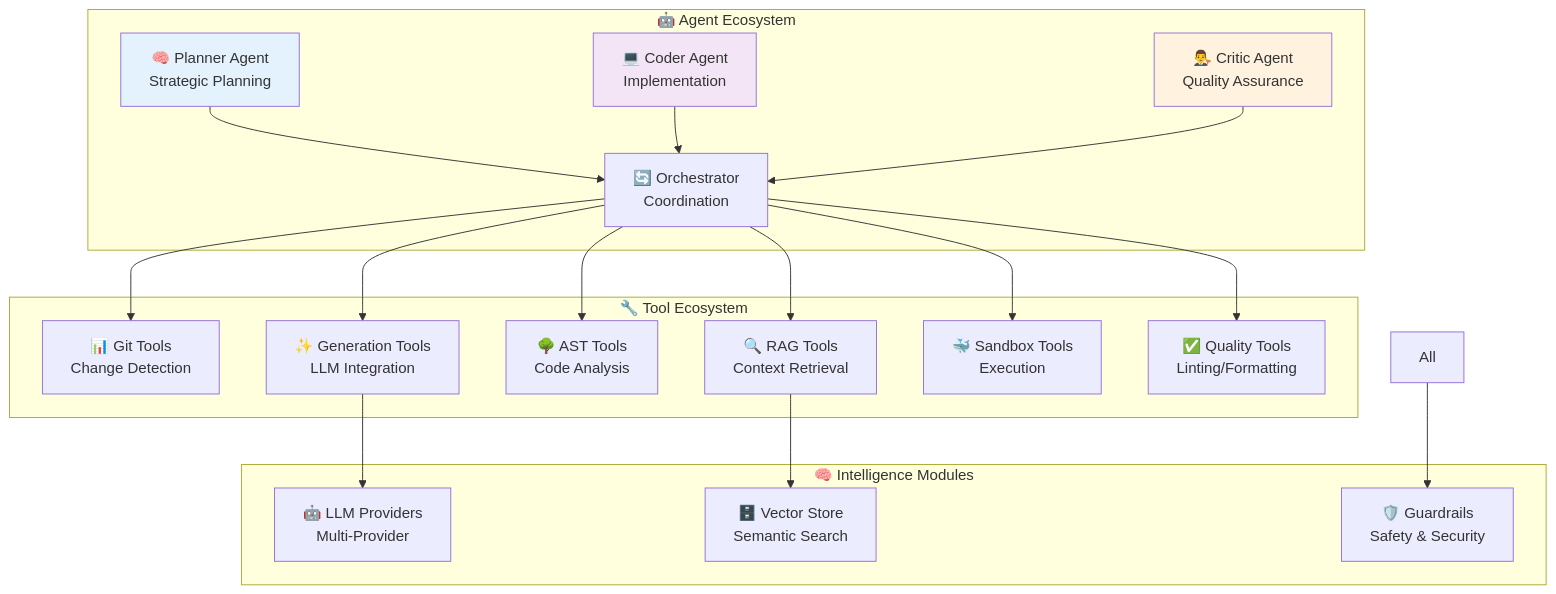
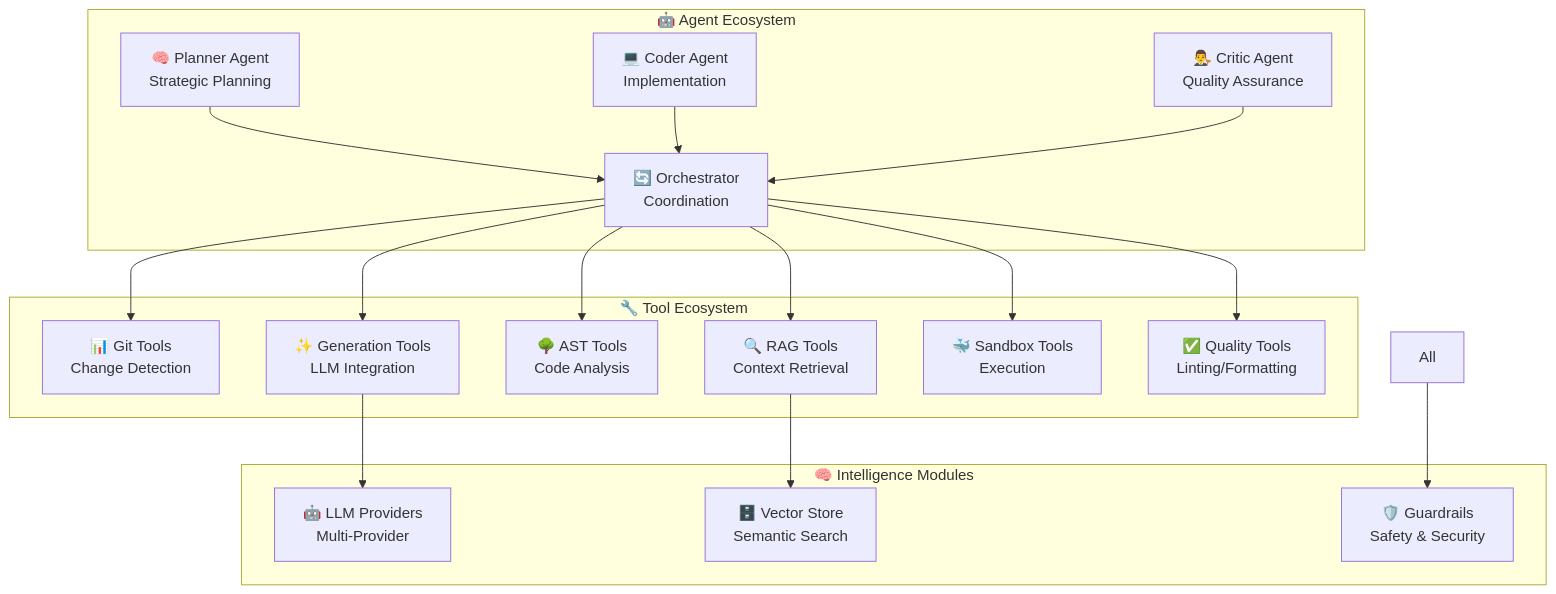
The seventh of 13 diagrams in ARCHITECTURE.md (narenallam/AgenticTestGenerator), drawn with Mermaid before and after one commit. The commit also changed other lines of this file, not shown here.

````diff
--- a/ARCHITECTURE.md
+++ b/ARCHITECTURE.md
@@ -387,43 +377,41 @@
 ```mermaid
 graph TB
     subgraph "🤖 Agent Ecosystem"
         Planner[🧠 Planner Agent<br/>Strategic Planning]
         Coder[💻 Coder Agent<br/>Implementation]
         Critic[👨‍⚖️ Critic Agent<br/>Quality Assurance]
         Orchestrator[🔄 Orchestrator<br/>Coordination]
     end
 
     subgraph "🔧 Tool Ecosystem"
         GitTools[📊 Git Tools<br/>Change Detection]
         RAGTools[🔍 RAG Tools<br/>Context Retrieval]
         ASTTools[🌳 AST Tools<br/>Code Analysis]
         GenTools[✨ Generation Tools<br/>LLM Integration]
         SandboxTools[🐳 Sandbox Tools<br/>Execution]
         QualityTools[✅ Quality Tools<br/>Linting/Formatting]
     end
 
     subgraph "🧠 Intelligence Modules"
         LLMs[🤖 LLM Providers<br/>Multi-Provider]
         Embeddings[🗄️ Vector Store<br/>Semantic Search]
         Guardrails[🛡️ Guardrails<br/>Safety & Security]
     end
 
     Planner --> Orchestrator
     Coder --> Orchestrator
     Critic --> Orchestrator
 
     Orchestrator --> GitTools
     Orchestrator --> RAGTools
     Orchestrator --> ASTTools
     Orchestrator --> GenTools
     Orchestrator --> SandboxTools
     Orchestrator --> QualityTools
 
     GenTools --> LLMs
     RAGTools --> Embeddings
     All --> Guardrails
 
-    style Planner fill:#e3f2fd
-    style Coder fill:#f3e5f5
-    style Critic fill:#fff3e0
+
 ```
````
